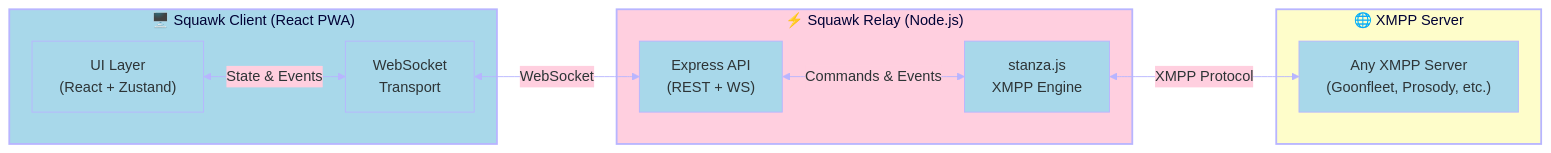
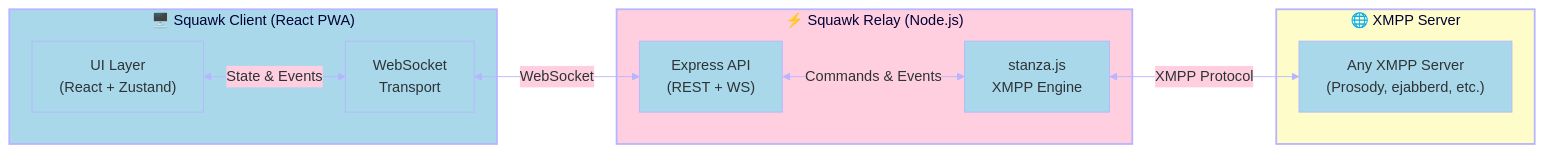
One commit to SolidRegardless/squawk changed the first of 5 diagrams in README.md. Above: the diagram before and after it, drawn with Mermaid. The commit also changed other lines of this file and 18 other files, not shown here.

````diff
--- a/README.md
+++ b/README.md
@@ -11,26 +11,26 @@
 ```mermaid
 %%{init: {'theme': 'base', 'themeVariables': { 'primaryColor': '#a8d8ea', 'secondaryColor': '#ffcfdf', 'tertiaryColor': '#fefdca', 'primaryTextColor': '#2d3436', 'lineColor': '#b8b5ff', 'primaryBorderColor': '#b8b5ff'}}}%%
 flowchart LR
     subgraph Client["🖥️ Squawk Client (React PWA)"]
         UI["UI Layer\n(React + Zustand)"]
         WS["WebSocket\nTransport"]
     end
 
     subgraph Relay["⚡ Squawk Relay (Node.js)"]
         API["Express API\n(REST + WS)"]
         XMPP["stanza.js\nXMPP Engine"]
     end
 
     subgraph Remote["🌐 XMPP Server"]
-        Jabber["Any XMPP Server\n(Goonfleet, Prosody, etc.)"]
+        Jabber["Any XMPP Server\n(Prosody, ejabberd, etc.)"]
     end
 
     UI <-->|State & Events| WS
     WS <-->|WebSocket| API
     API <-->|Commands & Events| XMPP
     XMPP <-->|XMPP Protocol| Jabber
 
     style Client fill:#a8d8ea,stroke:#b8b5ff,stroke-width:2px
     style Relay fill:#ffcfdf,stroke:#b8b5ff,stroke-width:2px
     style Remote fill:#fefdca,stroke:#b8b5ff,stroke-width:2px
 ```
````
